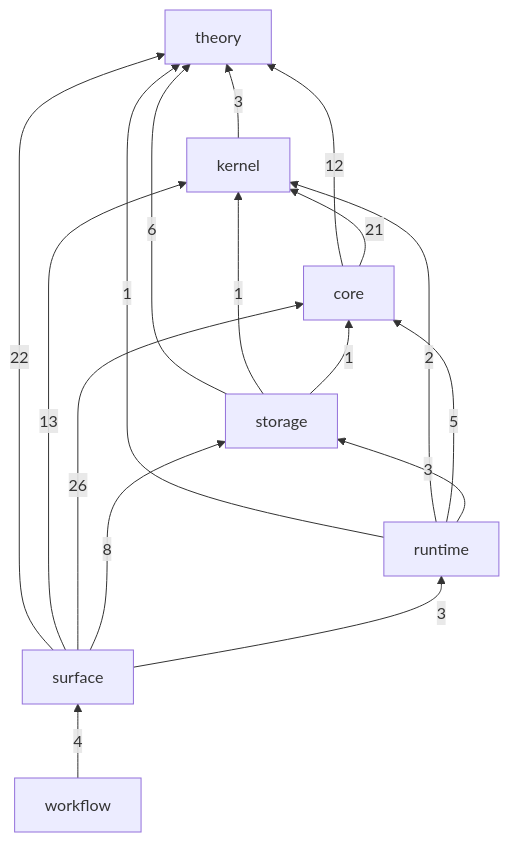
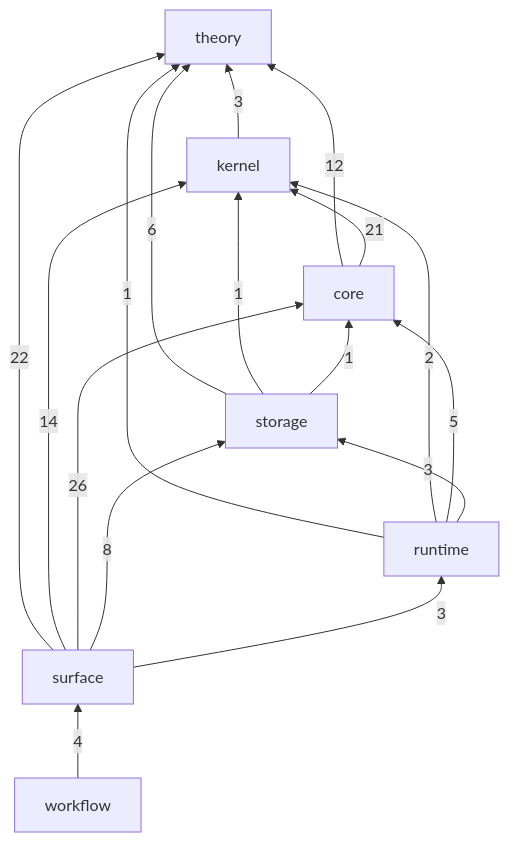
One commit to gandr-lang/gandr changed the diagram in ledger/README.md. Above: the diagram before and after it, drawn with Mermaid. The commit also changed 23 other files, not shown here.

First line of the commit message:
feat(surface): show each declaration's kernel tier as a lens and glyph

````diff
--- a/ledger/README.md
+++ b/ledger/README.md
@@ -28,26 +28,26 @@
 ```mermaid
 flowchart BT
   theory
   kernel
   core
   storage
   runtime
   surface
   workflow
   kernel -->|3| theory
   core -->|12| theory
   core -->|21| kernel
   storage -->|6| theory
   storage -->|1| kernel
   storage -->|1| core
   runtime -->|1| theory
   runtime -->|2| kernel
   runtime -->|5| core
   runtime -->|3| storage
   surface -->|22| theory
-  surface -->|13| kernel
+  surface -->|14| kernel
   surface -->|26| core
   surface -->|8| storage
   surface -->|3| runtime
   workflow -->|4| surface
 ```
````
